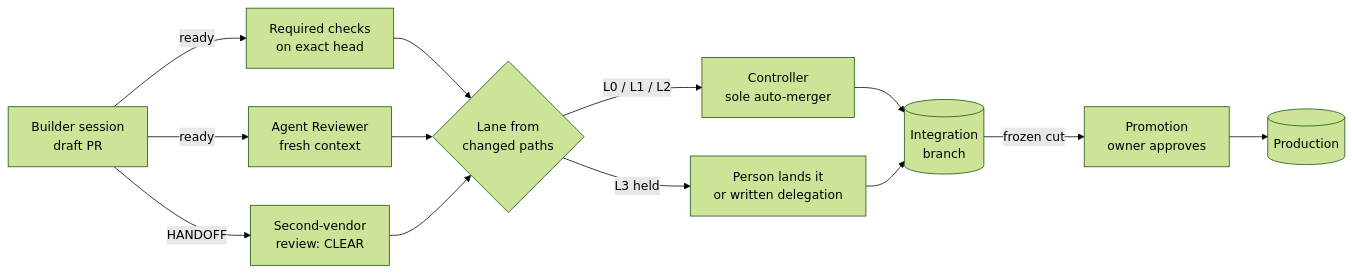
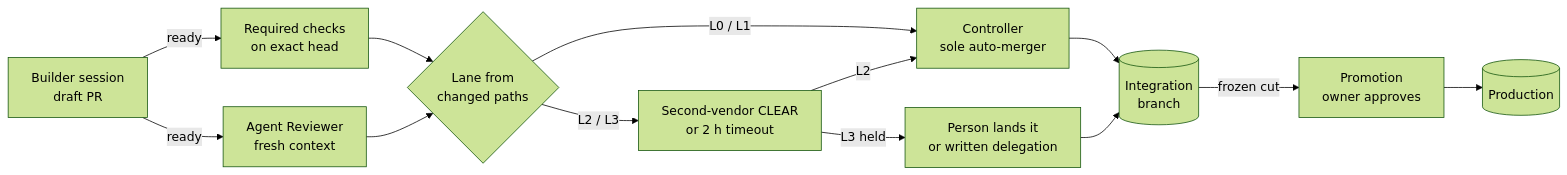
The diagram in shipping/README.md (SVRN-AGNT/Dale-OS), drawn with Mermaid (forest theme) before and after one commit. The commit also changed other lines of this file and 10 other files, not shown here.

First line of the commit message:
Record the review rule: Agent Review on every PR, second vendor on authority and held work (#23)

````diff
--- a/shipping/README.md
+++ b/shipping/README.md
@@ -52,14 +62,14 @@
 ```mermaid
 flowchart LR
   B[Builder session<br/>draft PR] -->|ready| CI[Required checks<br/>on exact head]
   B -->|ready| AR[Agent Reviewer<br/>fresh context]
-  B -->|HANDOFF| PM[Second-vendor<br/>review: CLEAR]
   CI --> L{Lane from<br/>changed paths}
   AR --> L
-  PM --> L
-  L -->|L0 / L1 / L2| C[Controller<br/>sole auto-merger]
-  L -->|L3 held| H[Person lands it<br/>or written delegation]
+  L -->|L0 / L1| C[Controller<br/>sole auto-merger]
+  L -->|L2 / L3| PM[Second-vendor CLEAR<br/>or 2 h timeout]
+  PM -->|L2| C
+  PM -->|L3 held| H[Person lands it<br/>or written delegation]
   C --> I[(Integration<br/>branch)]
   H --> I
   I -->|frozen cut| P[Promotion<br/>owner approves] --> PROD[(Production)]
 ```
````
